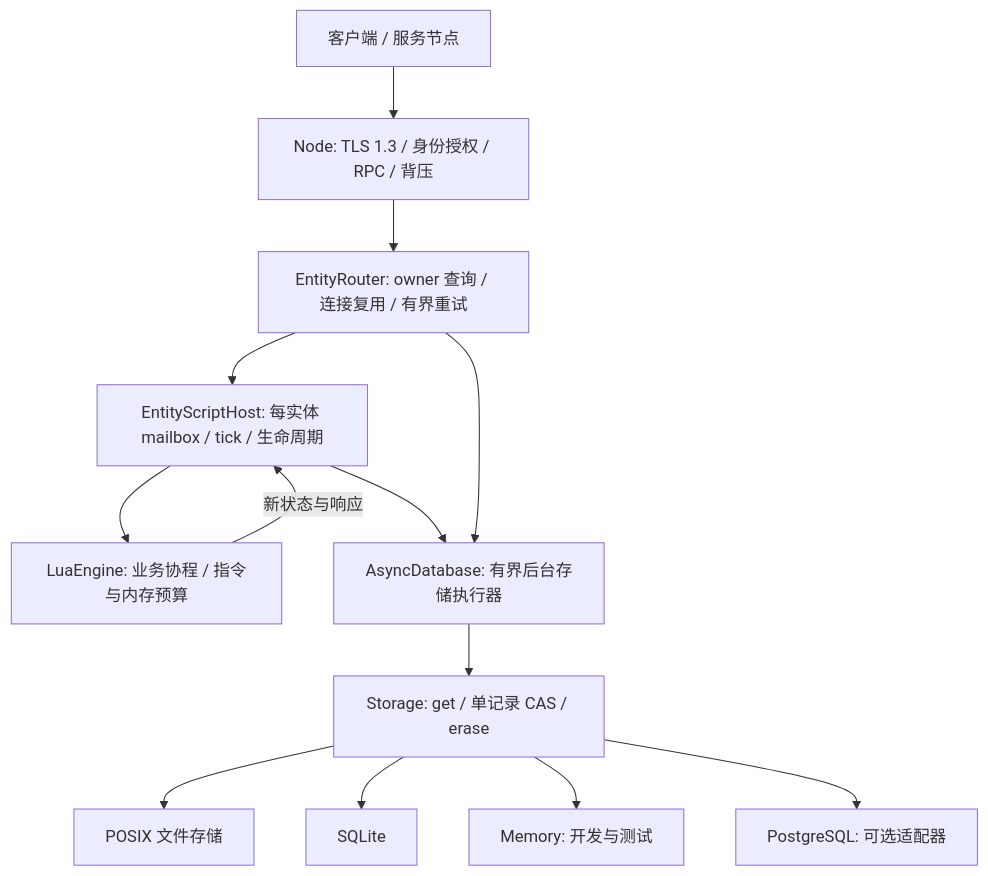
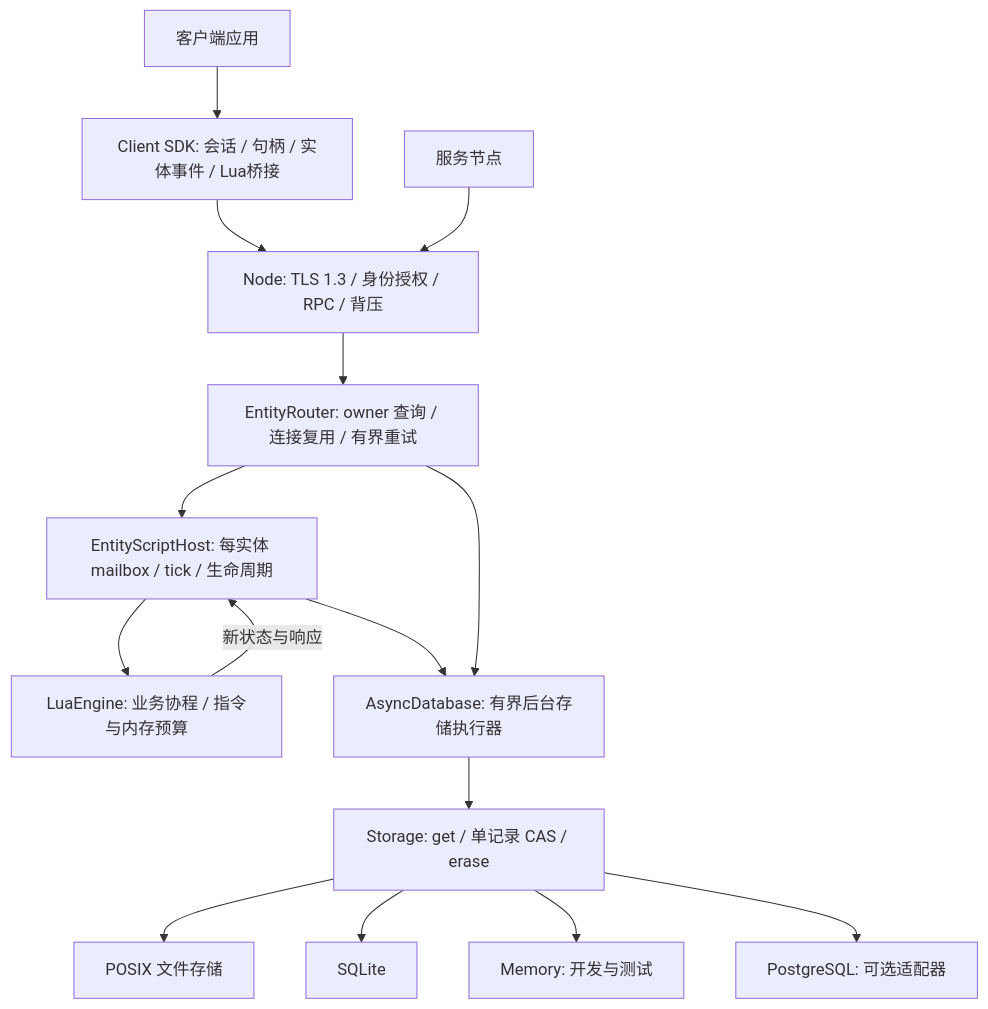
Before and after one commit to frodosens/fsnet: the first of 2 diagrams in docs/ARCHITECTURE.md, drawn with Mermaid. The commit also changed other lines of this file and 71 other files, not shown here.

````diff
--- a/docs/ARCHITECTURE.md
+++ b/docs/ARCHITECTURE.md
@@ -8,15 +8,17 @@
 ```mermaid
 flowchart TB
-    Client[客户端 / 服务节点] --> Node[Node: TLS 1.3 / 身份授权 / RPC / 背压]
+    Client[客户端应用] --> SDK[Client SDK: 会话 / 句柄 / 实体事件 / Lua桥接]
+    SDK --> Node[Node: TLS 1.3 / 身份授权 / RPC / 背压]
+    Service[服务节点] --> Node
     Node --> Router[EntityRouter: owner 查询 / 连接复用 / 有界重试]
     Router --> Host[EntityScriptHost: 每实体 mailbox / tick / 生命周期]
     Host --> Lua[LuaEngine: 业务协程 / 指令与内存预算]
     Lua -->|新状态与响应| Host
     Host --> Worker[AsyncDatabase: 有界后台存储执行器]
     Router --> Worker
     Worker --> Storage[Storage: get / 单记录 CAS / erase]
     Storage --> Files[POSIX 文件存储]
     Storage --> SQLite[SQLite]
     Storage --> Memory[Memory: 开发与测试]
     Storage --> PG[PostgreSQL: 可选适配器]
 ```
````
